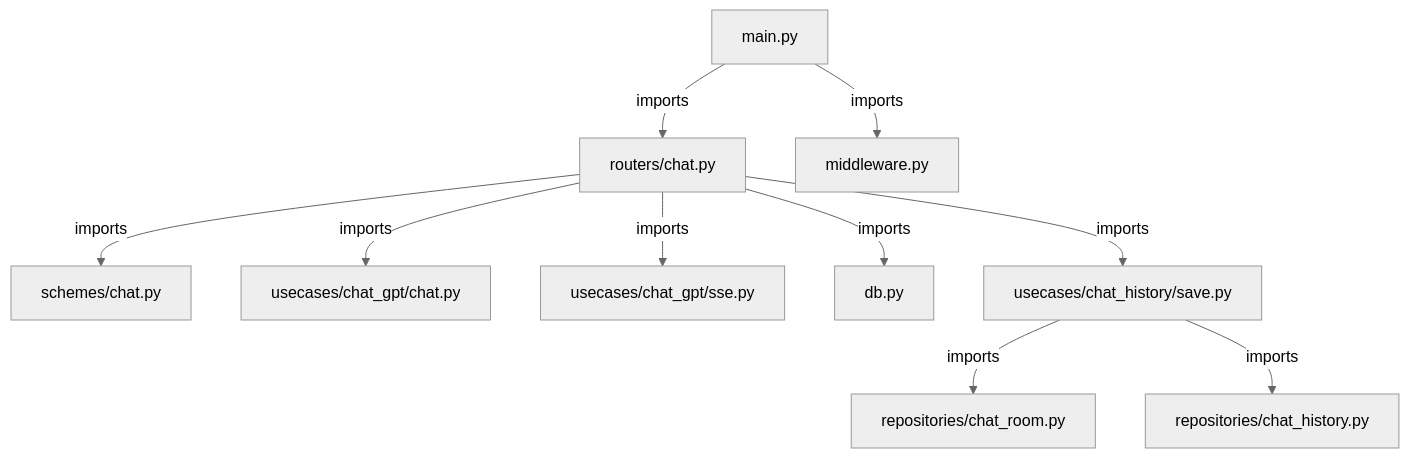
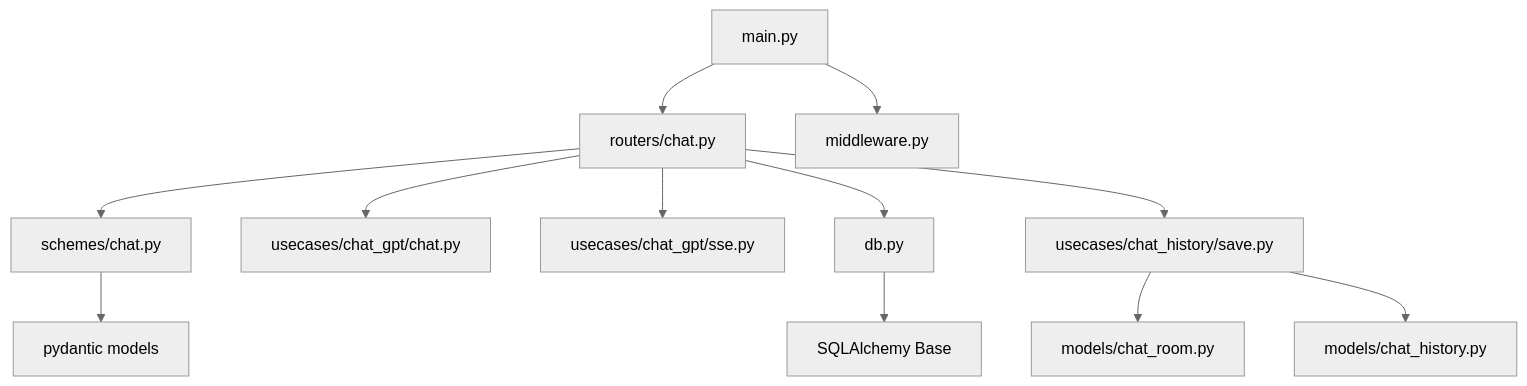
Before and after one commit to nakajima97/llm-chat-app-server: the diagram in documents/class_diagram.md, drawn with Mermaid (neutral theme). The commit also changed 12 other files, not shown here.

````diff
--- a/documents/class_diagram.md
+++ b/documents/class_diagram.md
@@ -1,12 +1,17 @@
 ```mermaid
 graph TD
-    A[main.py] -->|imports| B[routers/chat.py]
-    A -->|imports| C[middleware.py]
-    B -->|imports| D[schemes/chat.py]
-    B -->|imports| E[usecases/chat_gpt/chat.py]
-    B -->|imports| F[usecases/chat_gpt/sse.py]
-    B -->|imports| G[db.py]
-    B -->|imports| H[usecases/chat_history/save.py]
-    H -->|imports| I[repositories/chat_room.py]
-    H -->|imports| J[repositories/chat_history.py]
+    A[main.py] --> B[routers/chat.py]
+    A --> C[middleware.py]
+    
+    B --> D[schemes/chat.py]
+    B --> E[usecases/chat_gpt/chat.py]
+    B --> F[usecases/chat_gpt/sse.py]
+    B --> G[db.py]
+    B --> H[usecases/chat_history/save.py]
+    
+    H --> I[models/chat_room.py]
+    H --> J[models/chat_history.py]
+
+    D --> K[pydantic models]
+    G --> L[SQLAlchemy Base]
 ```
````
